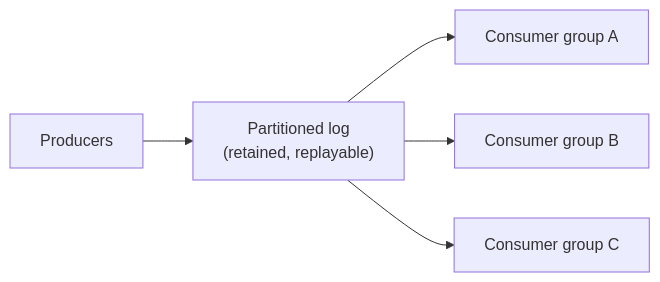
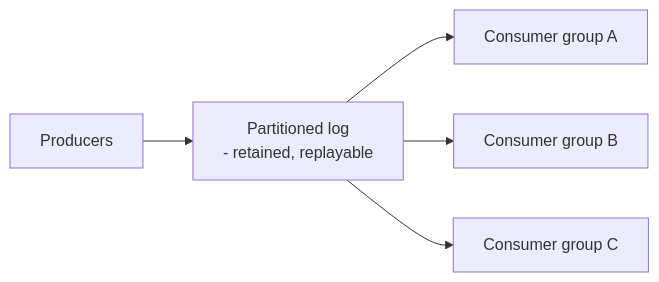
The second of 2 diagrams in docs/02-core-components/05-queues-streams-search.md (RIT-MESH/system-design-mastery), drawn with Mermaid before and after one commit. The commit also changed 139 other files, not shown here.

First line of the commit message:
Fix Mermaid parse errors: replace parentheses in node labels across 140 files

````diff
--- a/docs/02-core-components/05-queues-streams-search.md
+++ b/docs/02-core-components/05-queues-streams-search.md
@@ -38,8 +38,8 @@
 ```mermaid
 %% created-for: system-design-mastery
 flowchart LR
-  P["Producers"] --> Log["Partitioned log<br/>(retained, replayable)"]
+  P["Producers"] --> Log["Partitioned log<br/> - retained, replayable"]
   Log --> A["Consumer group A"]
   Log --> B["Consumer group B"]
   Log --> C["Consumer group C"]
 ```
````
